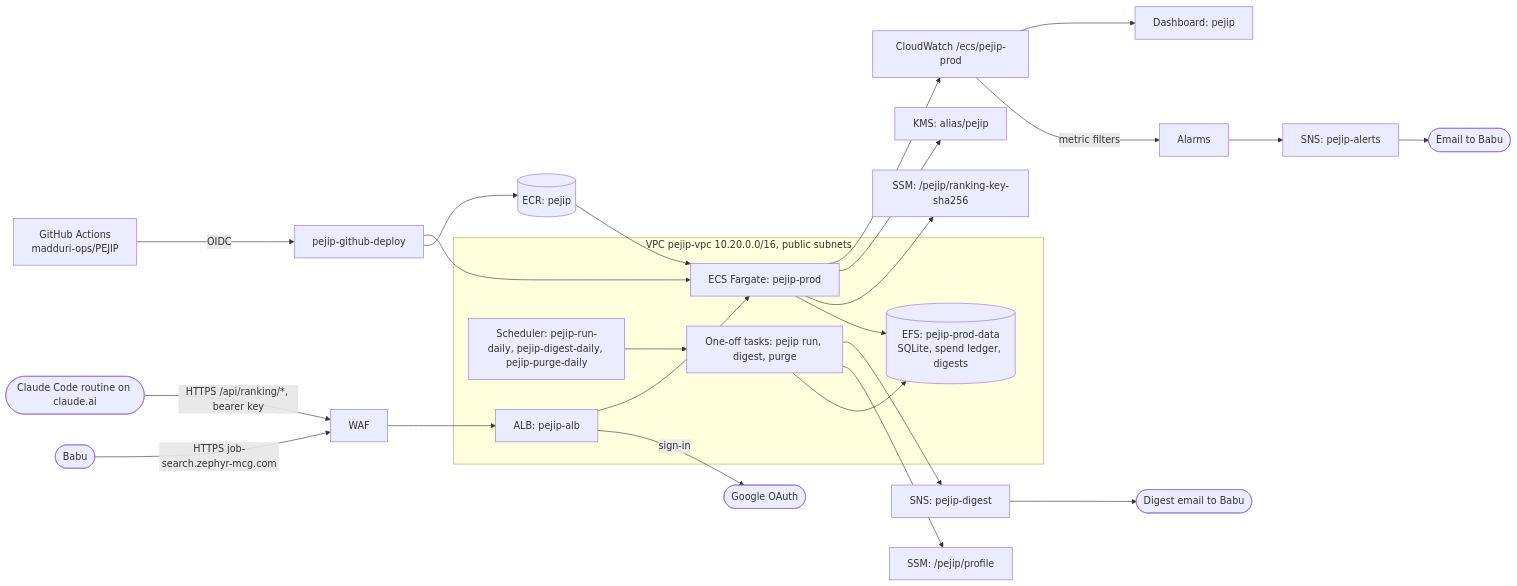
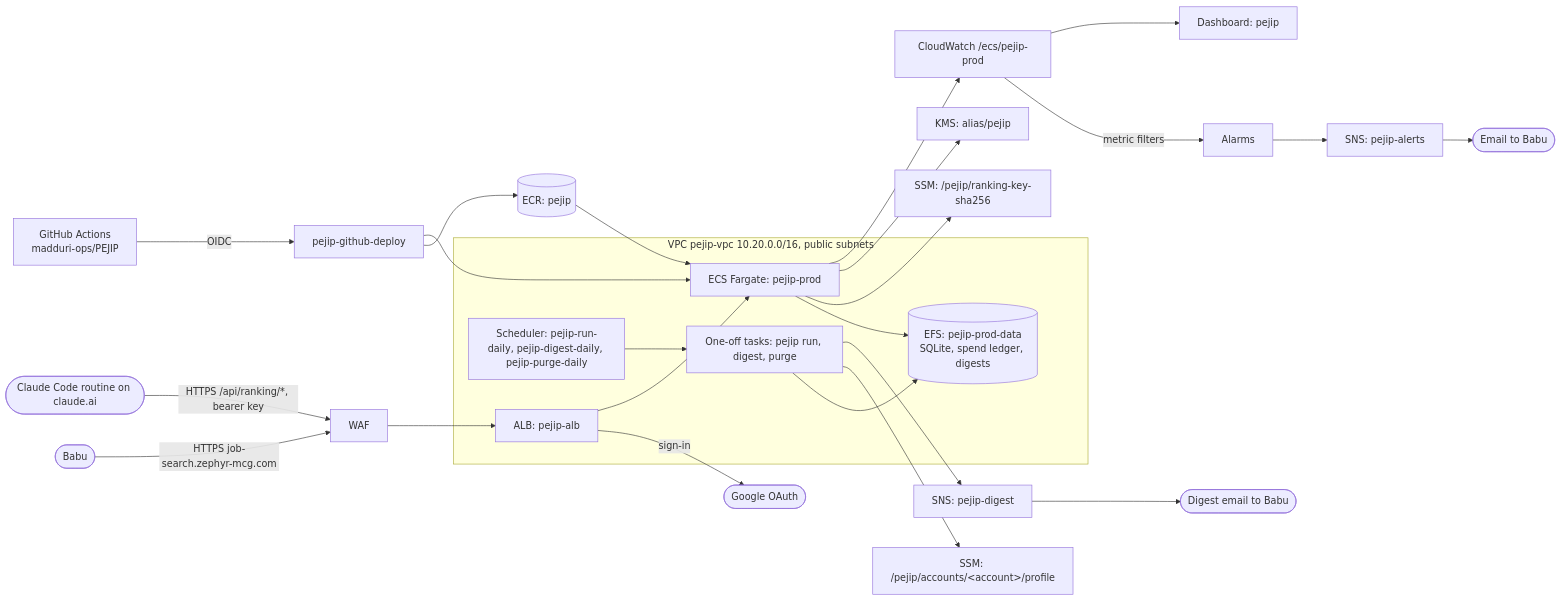
The second of 2 diagrams in docs/architecture/overview.md (madduri-ops/PEJIP), drawn with Mermaid before and after one commit. The commit also changed 20 other files, not shown here.

````diff
--- a/docs/architecture/overview.md
+++ b/docs/architecture/overview.md
@@ -80,23 +80,23 @@
 ```mermaid
 flowchart LR
     gh[GitHub Actions<br/>madduri-ops/PEJIP] -- OIDC --> role[pejip-github-deploy]
     role --> ecr[(ECR: pejip)]
     role --> svc
     user([Babu]) -- HTTPS job-search.zephyr-mcg.com --> waf[WAF] --> alb[ALB: pejip-alb]
     alb -- sign-in --> google([Google OAuth])
     routine([Claude Code routine on claude.ai]) -- HTTPS /api/ranking/*, bearer key --> waf
     subgraph vpc[VPC pejip-vpc 10.20.0.0/16, public subnets]
         alb --> svc[ECS Fargate: pejip-prod]
         sched[Scheduler: pejip-run-daily, pejip-digest-daily, pejip-purge-daily] --> run[One-off tasks: pejip run, digest, purge]
         run --> efs[(EFS: pejip-prod-data<br/>SQLite, spend ledger, digests)]
         svc --> efs
     end
-    run --> ssm[SSM: /pejip/profile]
+    run --> ssm[SSM: /pejip/accounts/&lt;account&gt;/profile]
     run --> digestsns[SNS: pejip-digest] --> digestmail([Digest email to Babu])
     ecr --> svc
     svc --> keyhash[SSM: /pejip/ranking-key-sha256]
     svc --> kms[KMS: alias/pejip]
     svc --> logs[CloudWatch /ecs/pejip-prod]
     logs -- metric filters --> alarms[Alarms] --> sns[SNS: pejip-alerts] --> mail([Email to Babu])
     logs --> dash[Dashboard: pejip]
 ```
````
